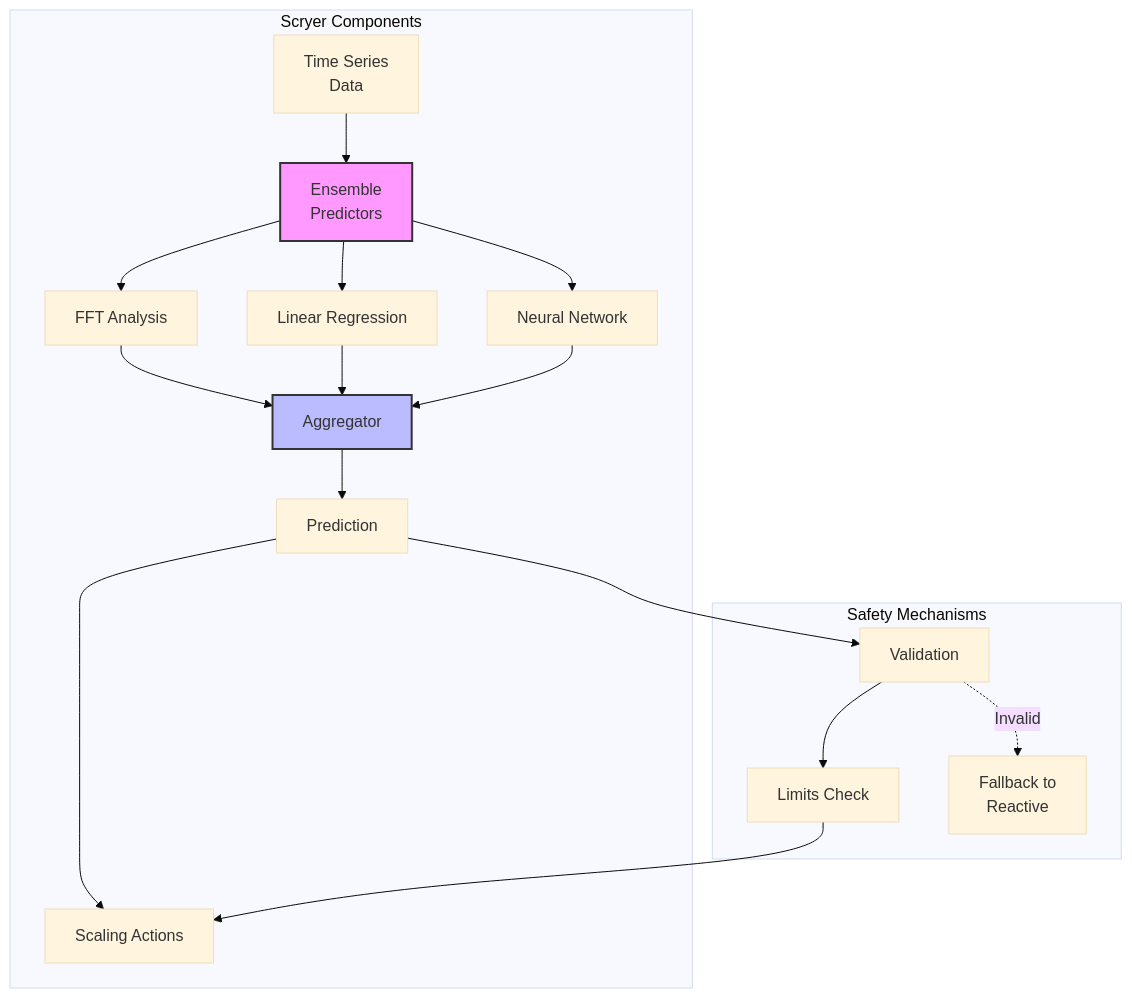
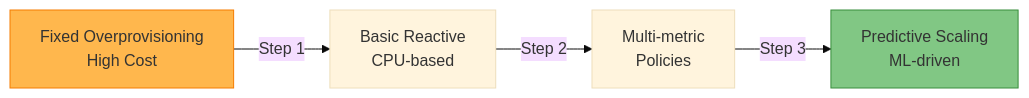
The fifth of 6 diagrams in docs/pattern-library/scaling/auto-scaling.md (deepaucksharma/DStudio), drawn with Mermaid (base theme) before and after one commit. The commit also changed other lines of this file and 23 other files, not shown here.

````diff
--- a/docs/pattern-library/scaling/auto-scaling.md
+++ b/docs/pattern-library/scaling/auto-scaling.md
@@ -184,24 +298,9 @@
 ```mermaid
-graph TB
-    subgraph "Scryer Components"
-        TS[Time Series<br/>Data] --> EN[Ensemble<br/>Predictors]
-        EN --> FFT[FFT Analysis]
-        EN --> LIN[Linear Regression]
-        EN --> NN[Neural Network]
-        
-        FFT & LIN & NN --> AGG[Aggregator]
-        AGG --> PRED[Prediction]
-        PRED --> ACT[Scaling Actions]
-    end
+graph LR
+    A[Fixed Overprovisioning<br/>High Cost] -->|Step 1| B[Basic Reactive<br/>CPU-based]
+    B -->|Step 2| C[Multi-metric<br/>Policies]
+    C -->|Step 3| D[Predictive Scaling<br/>ML-driven]
     
-    subgraph "Safety Mechanisms"
-        PRED --> VAL[Validation]
-        VAL --> LIM[Limits Check]
-        LIM --> ACT
-        
-        VAL -.->|Invalid| FALL[Fallback to<br/>Reactive]
-    end
-    
-    style EN fill:#f9f,stroke:#333,stroke-width:2px
-    style AGG fill:#bbf,stroke:#333,stroke-width:2px
+    style A fill:#ffb74d,stroke:#f57c00
+    style D fill:#81c784,stroke:#388e3c
 ```
````
